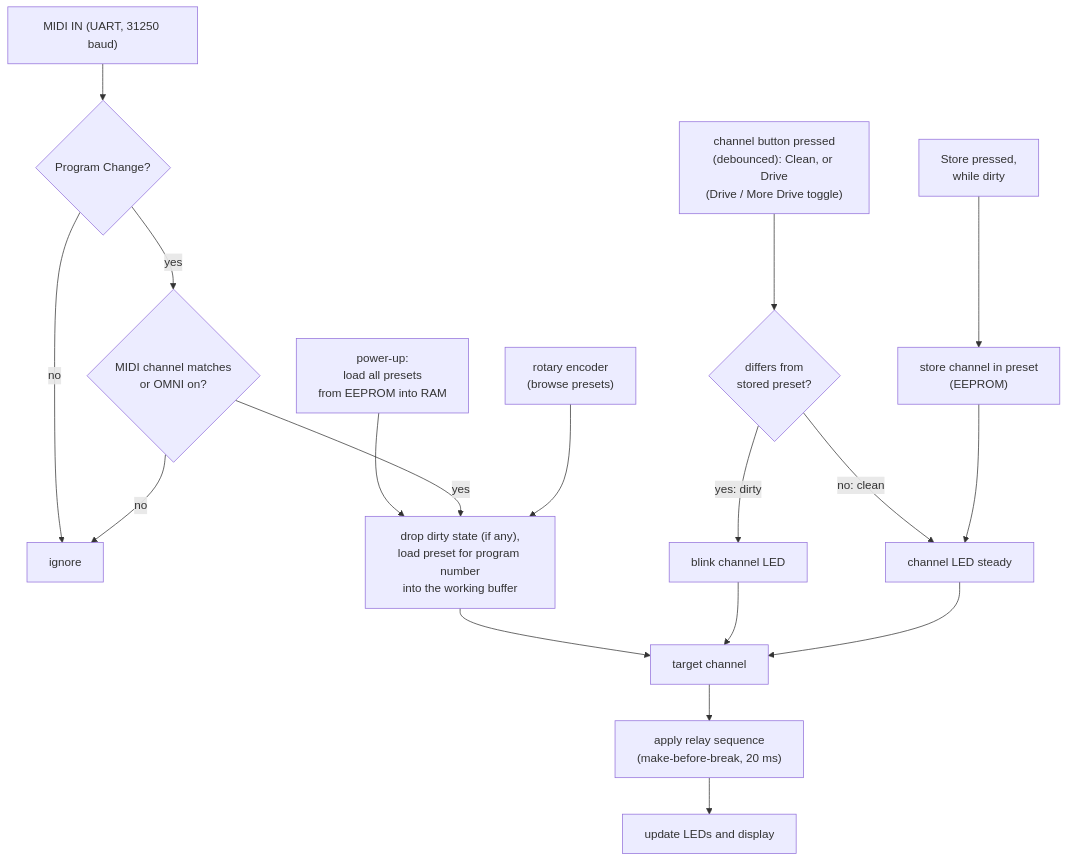
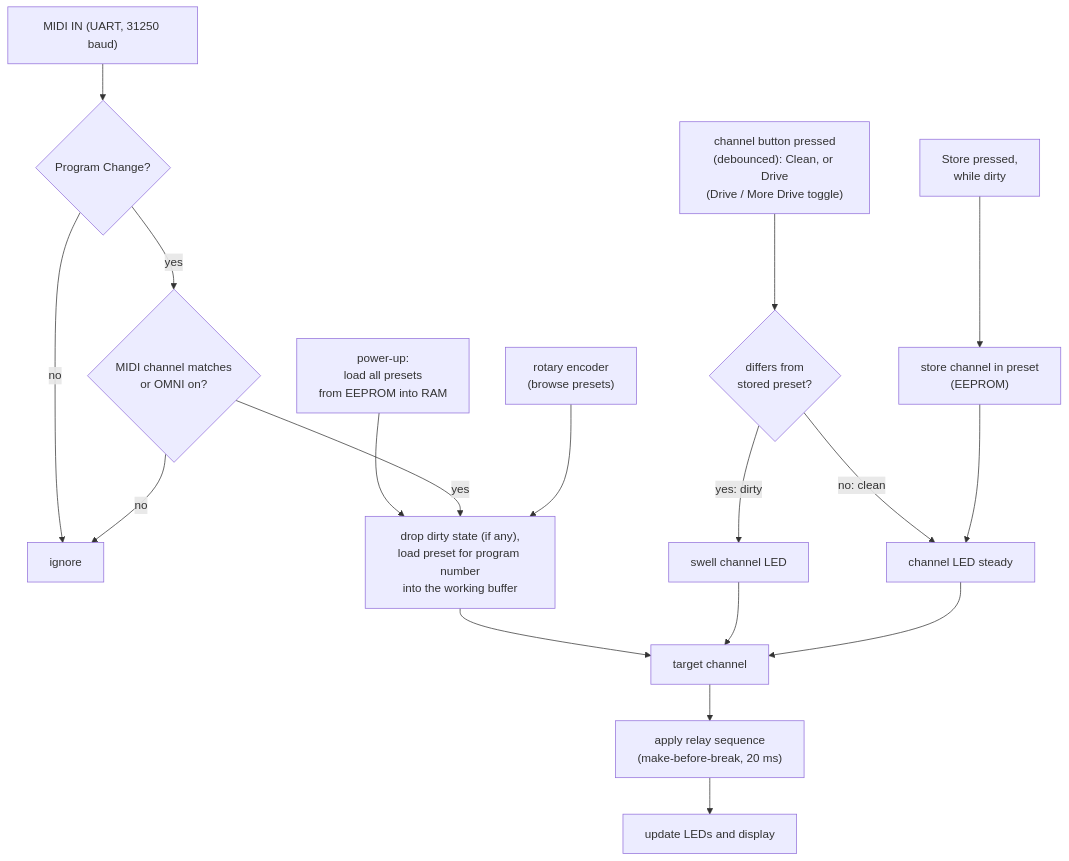
Before and after one commit to marc-bojarzin/fenderswitch: the second of 2 diagrams in README.md, drawn with Mermaid. The commit also changed other lines of this file and 6 other files, not shown here.

Commit message:
Swell dirty channel LED, dim red die by 25%

````diff
--- a/README.md
+++ b/README.md
@@ -267,21 +267,21 @@
 ```mermaid
 flowchart TD
     MIDI["MIDI IN (UART, 31250 baud)"] --> PC{"Program Change?"}
     PC -- no --> Ignore["ignore"]
     PC -- yes --> CH{"MIDI channel matches<br>or OMNI on?"}
     CH -- no --> Ignore
     Boot["power-up:<br>load all presets<br>from EEPROM into RAM"] --> Load
     CH -- yes --> Load["drop dirty state (if any),<br>load preset for program number<br>into the working buffer"]
     Enc["rotary encoder<br>(browse presets)"] --> Load
     Load --> Mode["target channel"]
     Mode --> Apply["apply relay sequence<br>(make-before-break, 20 ms)"]
     Apply --> UI["update LEDs and display"]
 
     Btn["channel button pressed<br>(debounced): Clean, or Drive<br>(Drive / More Drive toggle)"] --> Diff{"differs from<br>stored preset?"}
-    Diff -- "yes: dirty" --> Blink["blink channel LED"]
+    Diff -- "yes: dirty" --> Swell["swell channel LED"]
     Diff -- "no: clean" --> Steady["channel LED steady"]
-    Blink --> Mode
+    Swell --> Mode
     Steady --> Mode
     Hold["Store pressed,<br>while dirty"] --> Store["store channel in preset<br>(EEPROM)"]
     Store --> Steady
 ```
````
